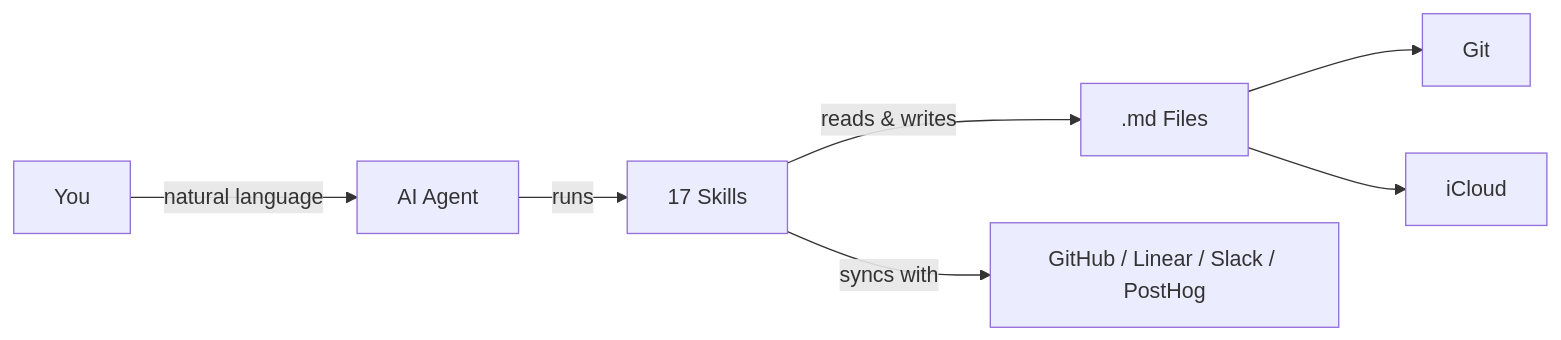
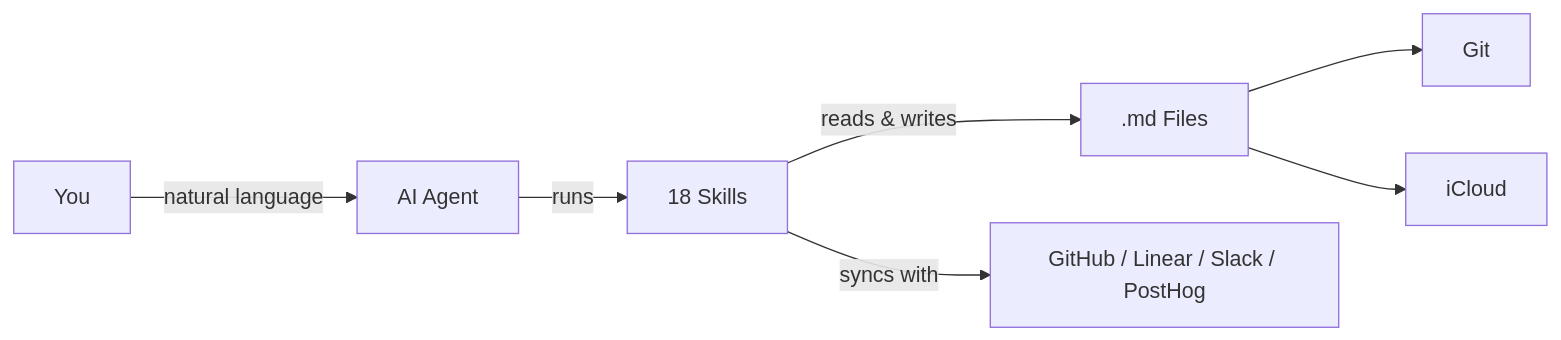
Before and after one commit to huytieu/COG-second-brain: the first of 2 diagrams in README.md, drawn with Mermaid. The commit also changed other lines of this file and 92 other files, not shown here.

````diff
--- a/README.md
+++ b/README.md
@@ -9,9 +9,9 @@
 ```mermaid
 graph LR
     A[You] -- natural language --> B[AI Agent]
-    B -- runs --> C[17 Skills]
+    B -- runs --> C[18 Skills]
     C -- reads & writes --> D[.md Files]
     C -- syncs with --> G[GitHub / Linear / Slack / PostHog]
     D --> E[Git]
     D --> F[iCloud]
 ```
````
